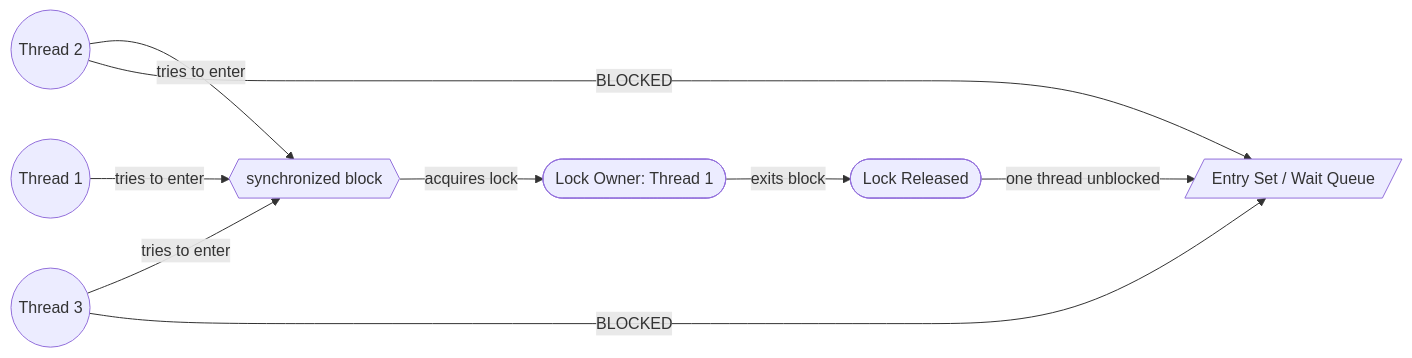
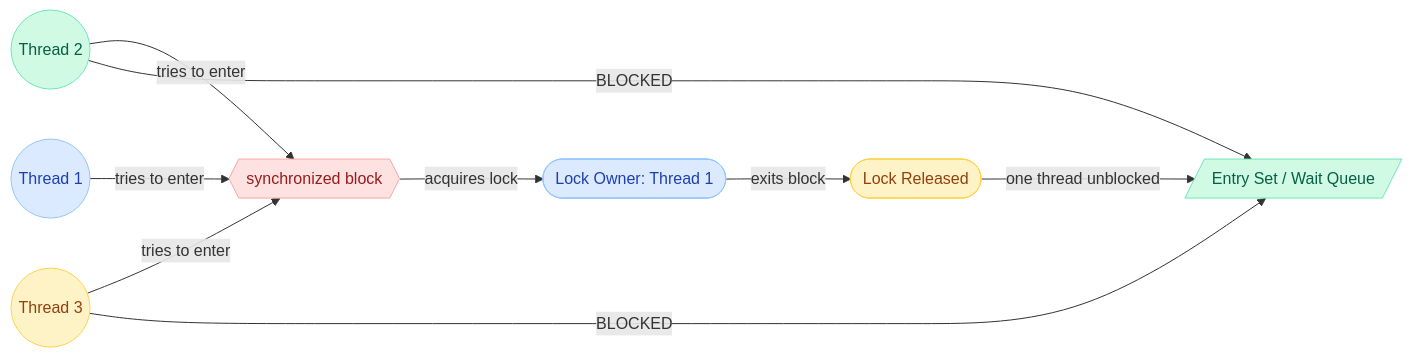
One commit to saivamsikaruturi/vamsilabs-dev-notes-main changed the fourth of 9 diagrams in docs/java/MultiThreading.md. Above: the diagram before and after it, drawn with Mermaid. The commit also changed other lines of this file and 220 other files, not shown here.

First line of the commit message:
Add 50+ new Java/Spring Boot pages, rewrite CSS code blocks to Oracle style, fix all diagram colors

````diff
--- a/docs/java/MultiThreading.md
+++ b/docs/java/MultiThreading.md
@@ -372,11 +381,19 @@
 ```mermaid
 flowchart LR
     T1(("Thread 1")) -->|tries to enter| SYNC{{"synchronized block"}}
     T2(("Thread 2")) -->|tries to enter| SYNC
     T3(("Thread 3")) -->|tries to enter| SYNC
     SYNC -->|acquires lock| OWNER(["Lock Owner: Thread 1"])
     T2 -->|BLOCKED| QUEUE[/"Entry Set / Wait Queue"/]
     T3 -->|BLOCKED| QUEUE
     OWNER -->|exits block| RELEASE(["Lock Released"])
     RELEASE -->|one thread unblocked| QUEUE
+
+    style OWNER fill:#DBEAFE,stroke:#93C5FD,color:#1E40AF
+    style QUEUE fill:#D1FAE5,stroke:#6EE7B7,color:#065F46
+    style RELEASE fill:#FEF3C7,stroke:#FCD34D,color:#92400E
+    style SYNC fill:#FEE2E2,stroke:#FCA5A5,color:#991B1B
+    style T1 fill:#DBEAFE,stroke:#93C5FD,color:#1E40AF
+    style T2 fill:#D1FAE5,stroke:#6EE7B7,color:#065F46
+    style T3 fill:#FEF3C7,stroke:#FCD34D,color:#92400E
 ```
````
